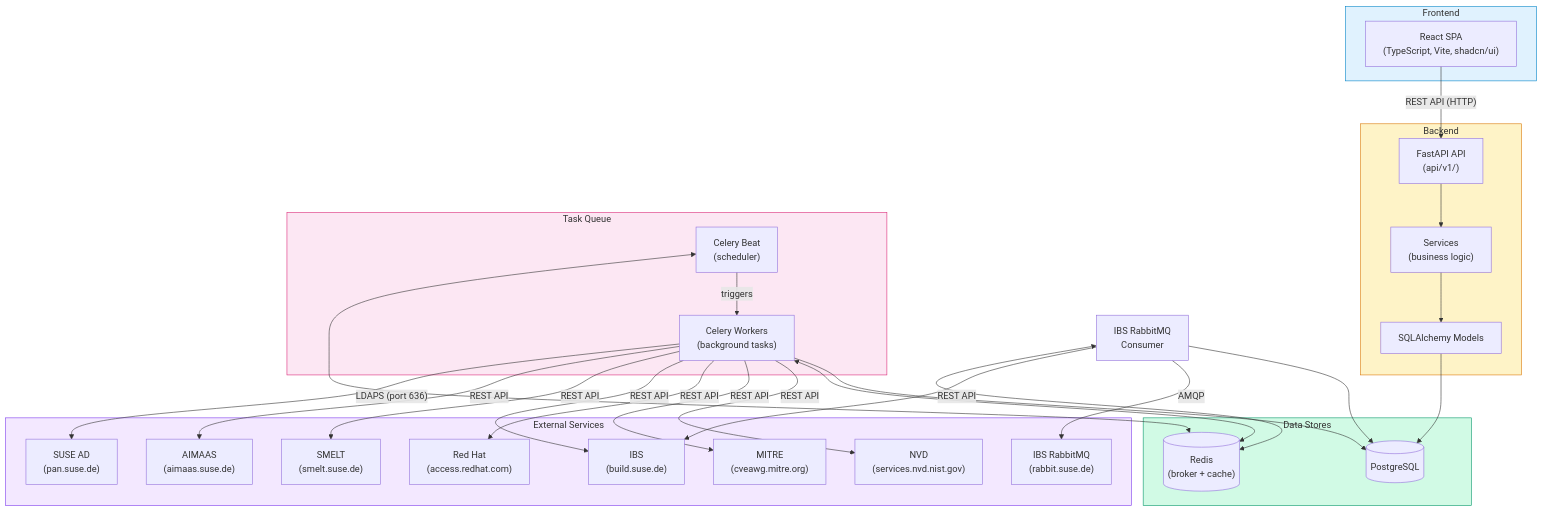
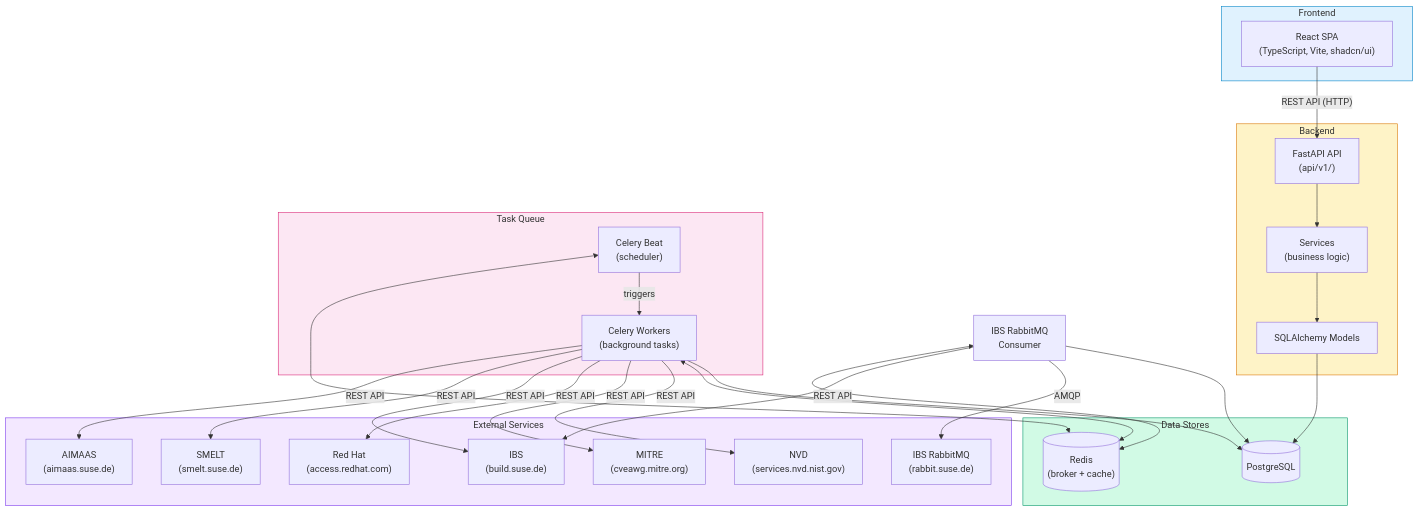
Before and after one commit to StayPirate/STAMP: the first of 7 diagrams in docs/system-map.md, drawn with Mermaid. The commit also changed other lines of this file and 26 other files, not shown here.

````diff
--- a/docs/system-map.md
+++ b/docs/system-map.md
@@ -26,62 +26,60 @@
 ```mermaid
 flowchart TB
     subgraph frontend["Frontend"]
         SPA["React SPA<br/>(TypeScript, Vite, shadcn/ui)"]
     end
 
     subgraph backend["Backend"]
         API["FastAPI API<br/>(api/v1/)"]
         SVC["Services<br/>(business logic)"]
         MDL["SQLAlchemy Models"]
         API --> SVC --> MDL
     end
 
     subgraph taskqueue["Task Queue"]
         BEAT["Celery Beat<br/>(scheduler)"]
         WORKER["Celery Workers<br/>(background tasks)"]
         BEAT -->|triggers| WORKER
     end
 
     subgraph datastores["Data Stores"]
         PG[("PostgreSQL")]
         RD[("Redis<br/>(broker + cache)")]
     end
 
     CONSUMER["IBS RabbitMQ<br/>Consumer"]
 
     subgraph external["External Services"]
         NVD["NVD<br/>(services.nvd.nist.gov)"]
         MITRE["MITRE<br/>(cveawg.mitre.org)"]
         REDHAT["Red Hat<br/>(access.redhat.com)"]
         IBS["IBS<br/>(build.suse.de)"]
         SMELT["SMELT<br/>(smelt.suse.de)"]
         AIMAAS["AIMAAS<br/>(aimaas.suse.de)"]
         RABBIT["IBS RabbitMQ<br/>(rabbit.suse.de)"]
-        LDAP["SUSE AD<br/>(pan.suse.de)"]
     end
 
     SPA -->|"REST API (HTTP)"| API
     MDL --> PG
     WORKER --> PG
     WORKER <--> RD
     BEAT <--> RD
     CONSUMER --> PG
 
     WORKER -->|"REST API"| NVD
     WORKER -->|"REST API"| MITRE
     WORKER -->|"REST API"| REDHAT
     WORKER -->|"REST API"| IBS
     WORKER -->|"REST API"| SMELT
     WORKER -->|"REST API"| AIMAAS
-    WORKER -->|"LDAPS (port 636)"| LDAP
 
     CONSUMER -->|"AMQP"| RABBIT
     CONSUMER -->|"REST API"| IBS
     CONSUMER <--> RD
 
     style frontend fill:#e0f2fe,stroke:#0284c7
     style backend fill:#fef3c7,stroke:#d97706
     style taskqueue fill:#fce7f3,stroke:#db2777
     style datastores fill:#d1fae5,stroke:#059669
     style external fill:#f3e8ff,stroke:#7c3aed
 ```
````
